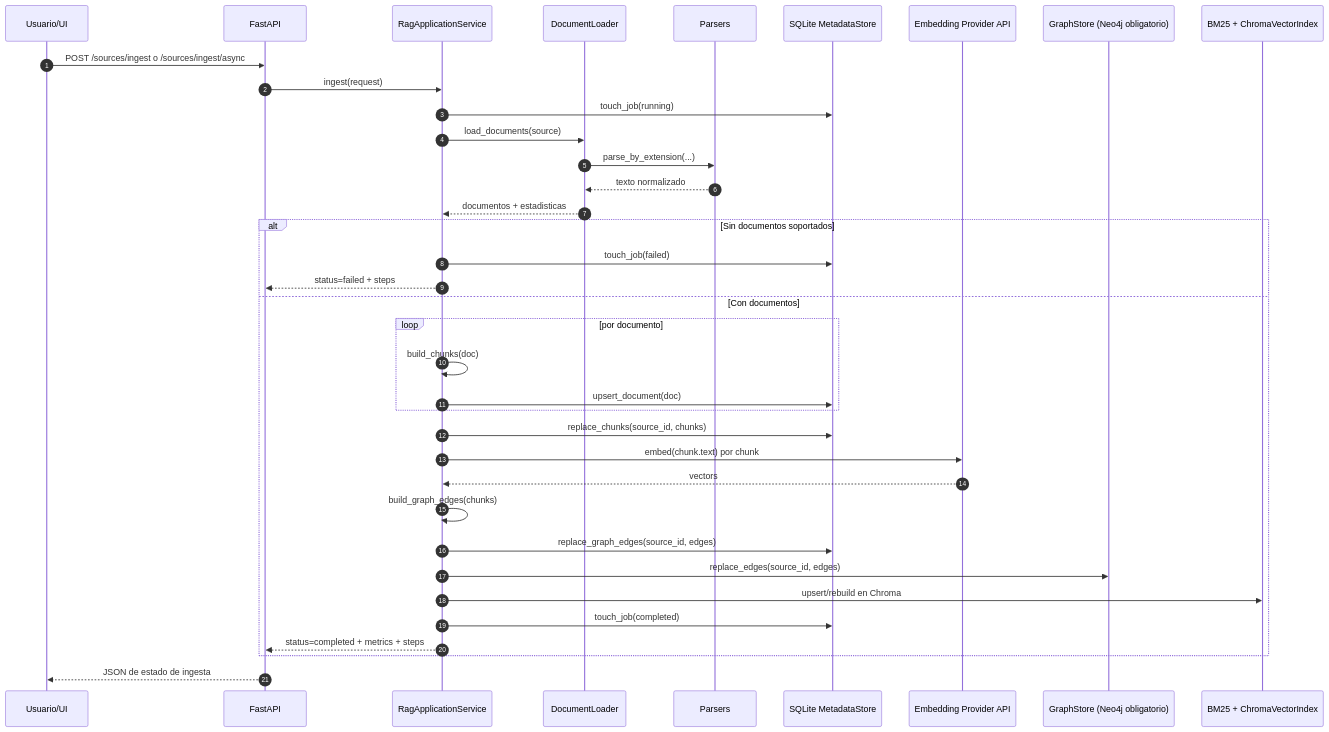
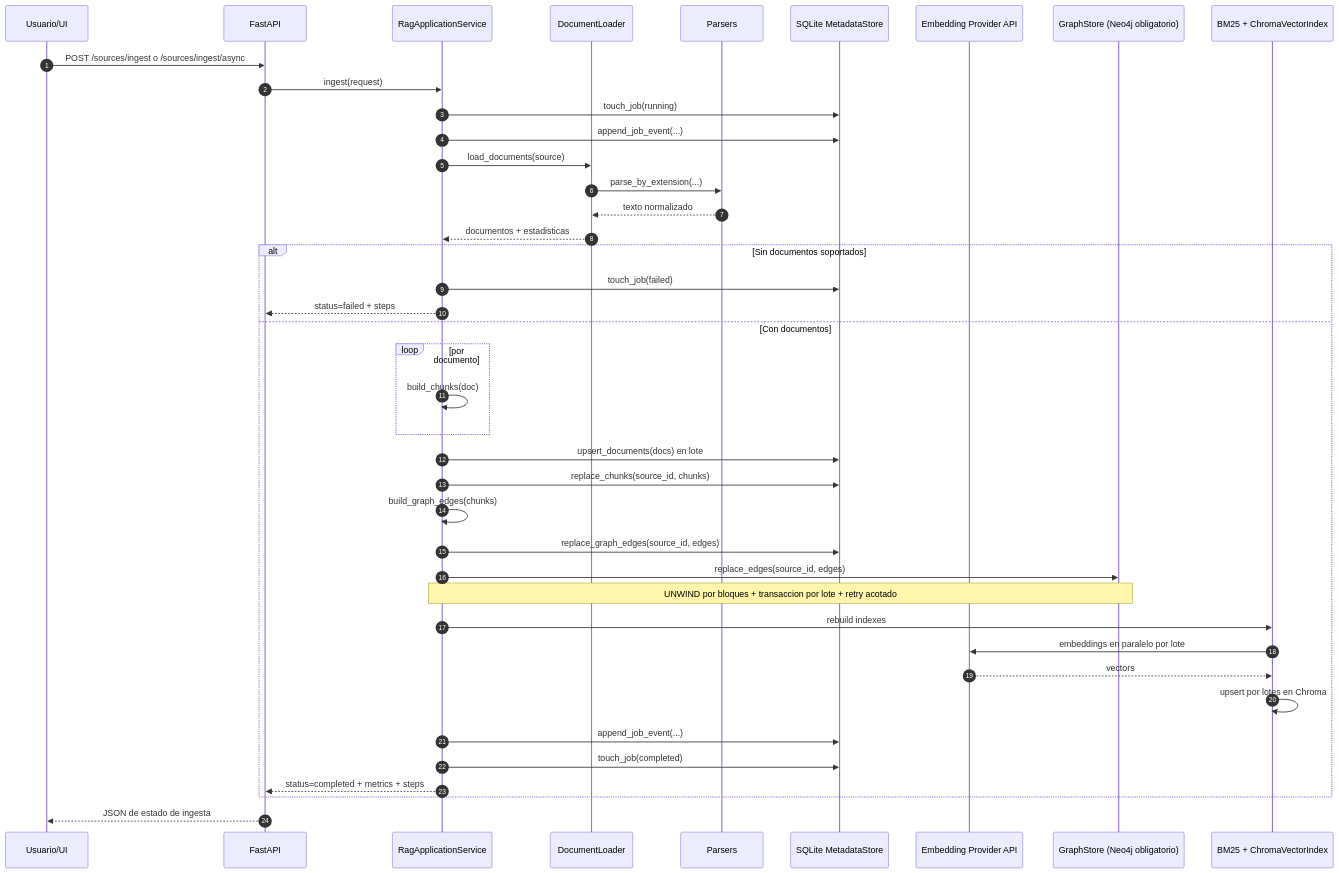
One commit to gherrerz/KDB-RAG-Docs changed the third of 4 diagrams in docs/ARCHITECTURE.md. Above: the diagram before and after it, drawn with Mermaid. The commit also changed other lines of this file, not shown here.

Commit message:
Update architecture docs for ingestion tracing and batching

````diff
--- a/docs/ARCHITECTURE.md
+++ b/docs/ARCHITECTURE.md
@@ -154,43 +158,47 @@
 ```mermaid
 sequenceDiagram
     autonumber
     participant User as Usuario/UI
     participant API as FastAPI
     participant SVC as RagApplicationService
     participant DL as DocumentLoader
     participant PRS as Parsers
     participant DB as SQLite MetadataStore
     participant EMB as Embedding Provider API
     participant GS as GraphStore (Neo4j obligatorio)
     participant IDX as BM25 + ChromaVectorIndex
 
     User->>API: POST /sources/ingest o /sources/ingest/async
     API->>SVC: ingest(request)
     SVC->>DB: touch_job(running)
+    SVC->>DB: append_job_event(...)
 
     SVC->>DL: load_documents(source)
     DL->>PRS: parse_by_extension(...)
     PRS-->>DL: texto normalizado
     DL-->>SVC: documentos + estadisticas
 
     alt Sin documentos soportados
         SVC->>DB: touch_job(failed)
         SVC-->>API: status=failed + steps
     else Con documentos
         loop por documento
             SVC->>SVC: build_chunks(doc)
-            SVC->>DB: upsert_document(doc)
         end
+        SVC->>DB: upsert_documents(docs) en lote
         SVC->>DB: replace_chunks(source_id, chunks)
-        SVC->>EMB: embed(chunk.text) por chunk
-        EMB-->>SVC: vectors
         SVC->>SVC: build_graph_edges(chunks)
         SVC->>DB: replace_graph_edges(source_id, edges)
         SVC->>GS: replace_edges(source_id, edges)
-        SVC->>IDX: upsert/rebuild en Chroma
+        Note over SVC,GS: UNWIND por bloques + transaccion por lote + retry acotado
+        SVC->>IDX: rebuild indexes
+        IDX->>EMB: embeddings en paralelo por lote
+        EMB-->>IDX: vectors
+        IDX->>IDX: upsert por lotes en Chroma
+        SVC->>DB: append_job_event(...)
         SVC->>DB: touch_job(completed)
         SVC-->>API: status=completed + metrics + steps
     end
 
     API-->>User: JSON de estado de ingesta
 ```
````
